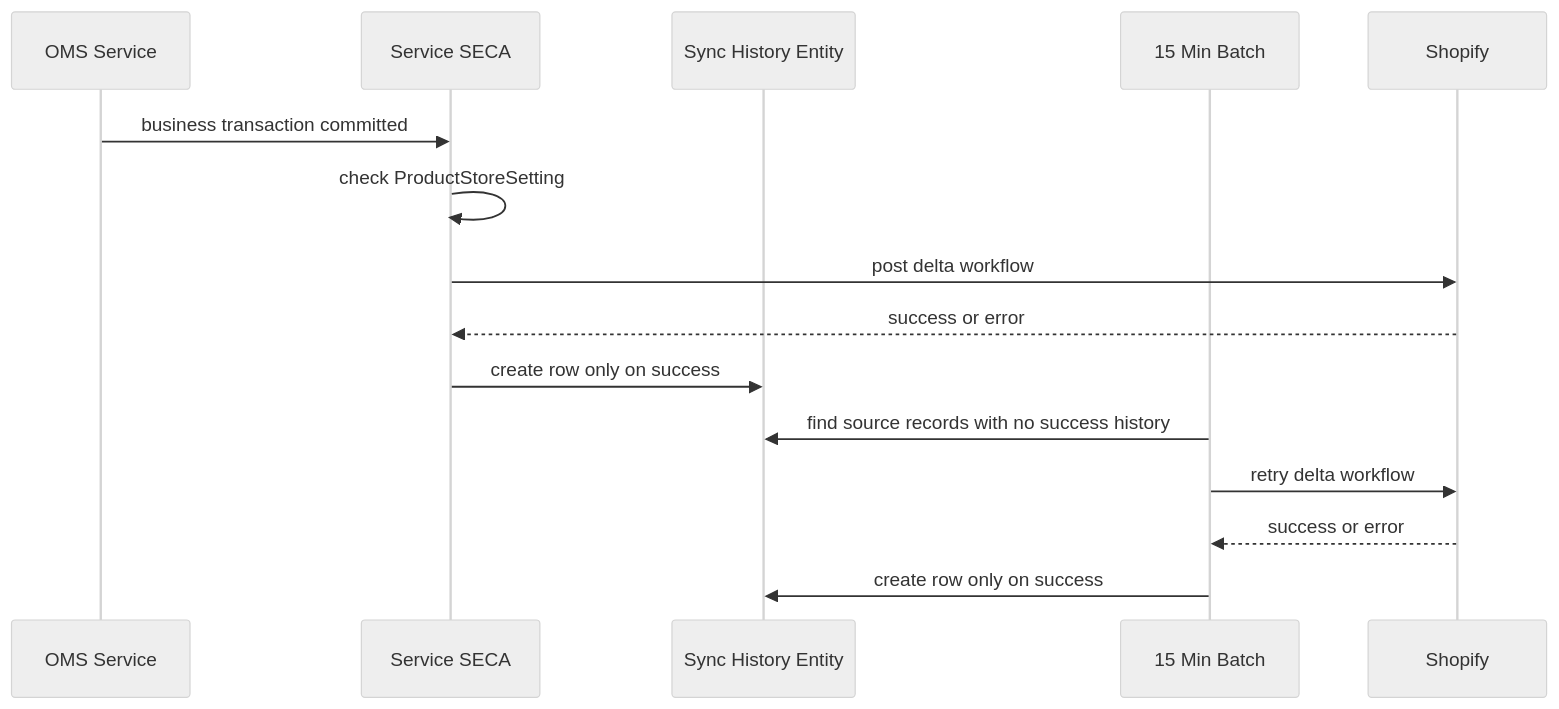
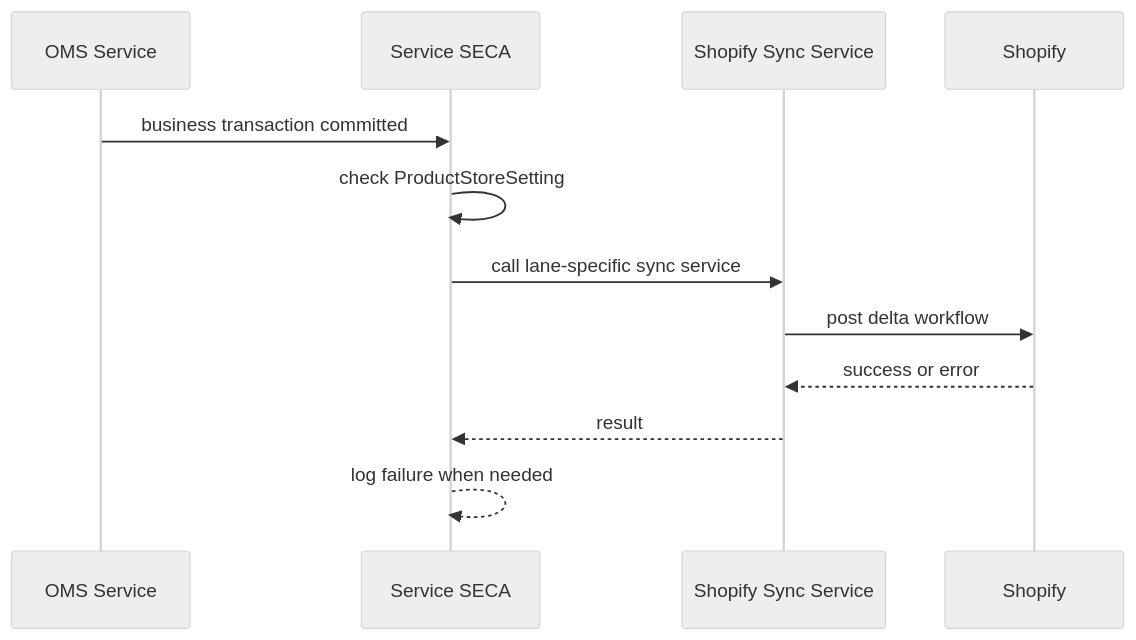
One commit to saastechacademy/foundation changed the second of 2 diagrams in project-ideas/shopify-integration/shopify-event-based-inventory-sync-triggers.md. Above: the diagram before and after it, drawn with Mermaid (neutral theme). The commit also changed other lines of this file and 1 other file, not shown here.

Commit message:
Simplify Shopify inventory sync implementation docs

````diff
--- a/project-ideas/shopify-integration/shopify-event-based-inventory-sync-triggers.md
+++ b/project-ideas/shopify-integration/shopify-event-based-inventory-sync-triggers.md
@@ -105,18 +51,15 @@
 ```mermaid
 sequenceDiagram
     participant OMS as OMS Service
     participant SECA as Service SECA
-    participant HIST as Sync History Entity
-    participant BATCH as 15 Min Batch
+    participant SYNC as Shopify Sync Service
     participant SHOP as Shopify
 
     OMS->>SECA: business transaction committed
     SECA->>SECA: check ProductStoreSetting
-    SECA->>SHOP: post delta workflow
-    SHOP-->>SECA: success or error
-    SECA->>HIST: create row only on success
-    BATCH->>HIST: find source records with no success history
-    BATCH->>SHOP: retry delta workflow
-    SHOP-->>BATCH: success or error
-    BATCH->>HIST: create row only on success
+    SECA->>SYNC: call lane-specific sync service
+    SYNC->>SHOP: post delta workflow
+    SHOP-->>SYNC: success or error
+    SYNC-->>SECA: result
+    SECA-->>SECA: log failure when needed
 ```
````
